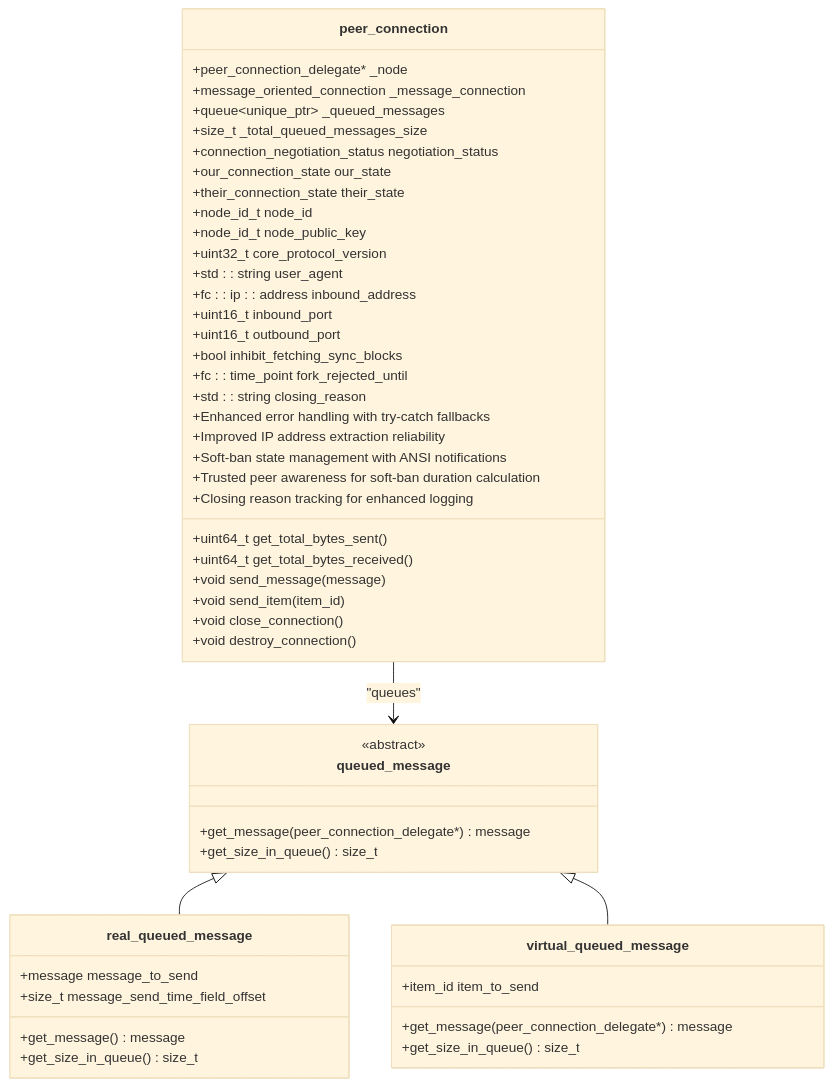
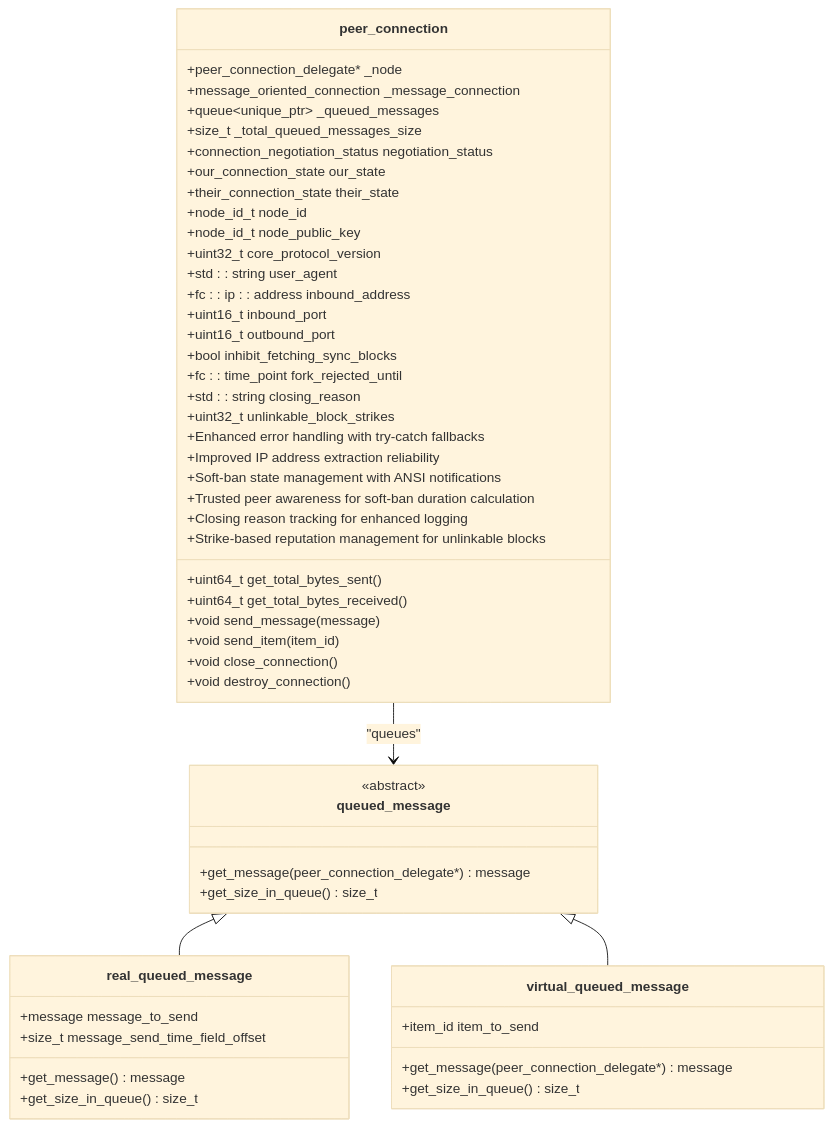
Before and after one commit to VIZ-Blockchain/viz-cpp-node: the third of 14 diagrams in .qoder/repowiki/en/content/Architecture Overview/Core Libraries/Network Library/Peer Connection Management.md, drawn with Mermaid (base theme). The commit also changed other lines of this file and 5 other files, not shown here.

First line of the commit message:
feat(database): implement gap-based early rejection for unlinkable blocks

````diff
--- a/.qoder/repowiki/en/content/Architecture Overview/Core Libraries/Network Library/Peer Connection Management.md
+++ b/.qoder/repowiki/en/content/Architecture Overview/Core Libraries/Network Library/Peer Connection Management.md
@@ -235,52 +242,54 @@
 ```mermaid
 classDiagram
 class peer_connection {
 +peer_connection_delegate* _node
 +message_oriented_connection _message_connection
 +queue~unique_ptr~ _queued_messages
 +size_t _total_queued_messages_size
 +connection_negotiation_status negotiation_status
 +our_connection_state our_state
 +their_connection_state their_state
 +node_id_t node_id
 +node_id_t node_public_key
 +uint32_t core_protocol_version
 +std : : string user_agent
 +fc : : ip : : address inbound_address
 +uint16_t inbound_port
 +uint16_t outbound_port
 +bool inhibit_fetching_sync_blocks
 +fc : : time_point fork_rejected_until
 +std : : string closing_reason
++uint32_t unlinkable_block_strikes
 +uint64_t get_total_bytes_sent()
 +uint64_t get_total_bytes_received()
 +void send_message(message)
 +void send_item(item_id)
 +void close_connection()
 +void destroy_connection()
 +Enhanced error handling with try-catch fallbacks
 +Improved IP address extraction reliability
 +Soft-ban state management with ANSI notifications
 +Trusted peer awareness for soft-ban duration calculation
 +Closing reason tracking for enhanced logging
++Strike-based reputation management for unlinkable blocks
 }
 class queued_message {
 <<abstract>>
 +get_message(peer_connection_delegate*) message
 +get_size_in_queue() size_t
 }
 class real_queued_message {
 +message message_to_send
 +size_t message_send_time_field_offset
 +get_message() message
 +get_size_in_queue() size_t
 }
 class virtual_queued_message {
 +item_id item_to_send
 +get_message(peer_connection_delegate*) message
 +get_size_in_queue() size_t
 }
 peer_connection --> queued_message : "queues"
 queued_message <|-- real_queued_message
 queued_message <|-- virtual_queued_message
 ```
````
